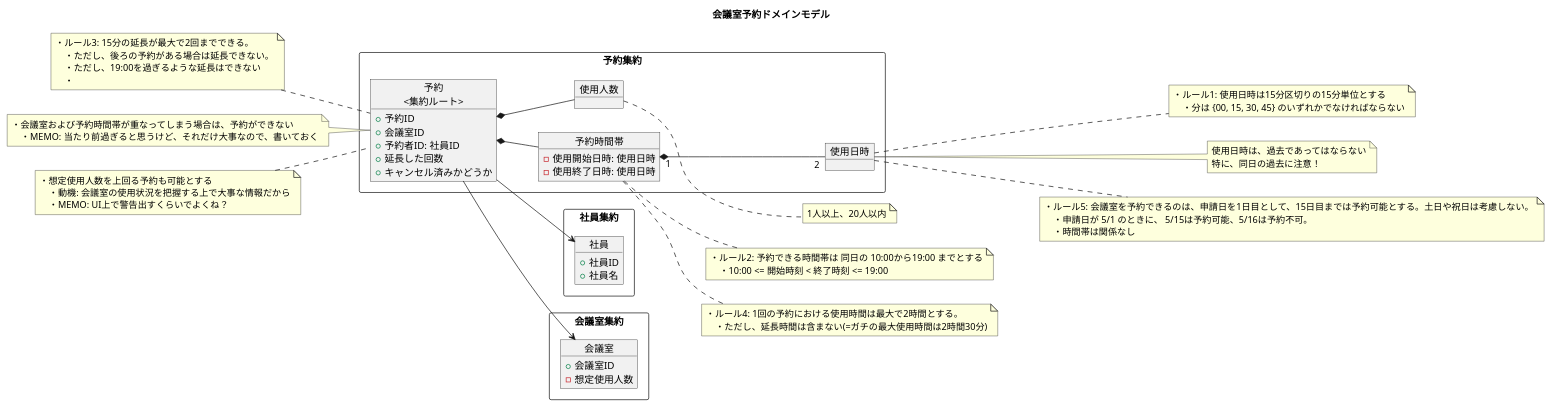
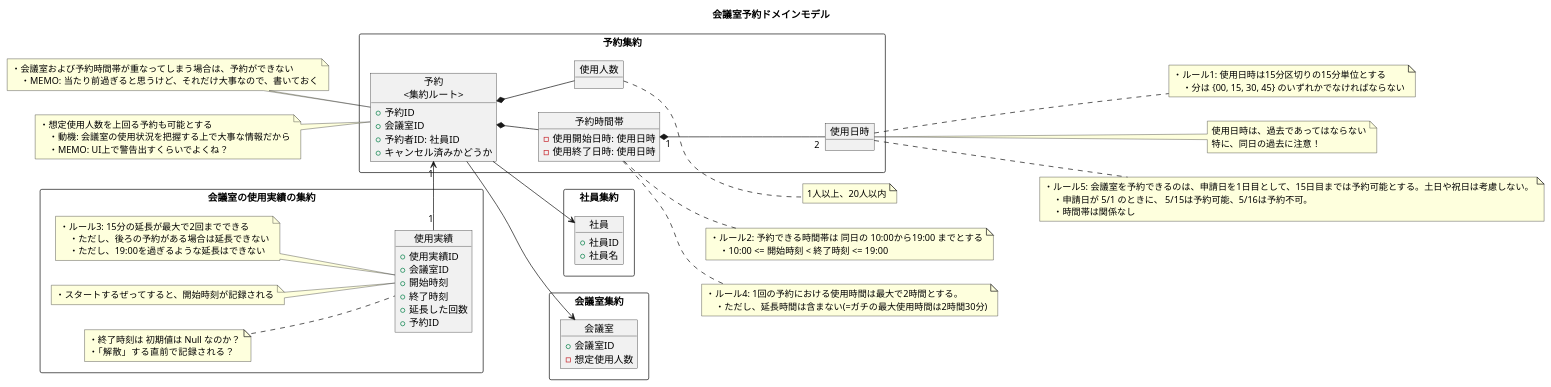
One commit to ModelingKai/meeting-room-python changed the diagram in diagram/ドメインモデル.puml. Above: the diagram before and after it, drawn with PlantUML. The commit also changed 2 other files, not shown here.

Commit message:
業務フロー図を参考にドメインモデルとユースケースを更新。「使用実績」という概念を発見した。
- 使用実績について
    - 使用実績のプロパティとかはちょっと怪しいけど、とりあえず要素出揃った感じがある
    - ルール3が「予約」から「使用実績」に移されたのは大きい変化だと思う
    - これをもって、いよいよ、「会議室を予約する」ユースケースが実装できそうな予感
- 感想
    - 業務フロー図からドメインモデルへのフィードバック作戦は使えるぞ！
        - 業務フロー図が強いのは、ユースケースを複合的に見れる点
            - ユースケース図とドメインモデル図を見ているだけでは、判断つかないことは多い
            - 一方、ユースケースを複合的にみると、違和感や置き場所がハッキリする効用がある
    - どういう分析をしたいかによって、集めるデータが変わってくるのも発見！
        - 今回は、単純に「なるべく多くのデータを収集する戦略」を採用
    - 業務フロー図において、アクターの能動的な行動を色塗った
        - これが RDRA2.0 の ユースケース複合図みたいになっていきそう
- @jnuank
    - 使用実績のドメインモデルを書いたけど、「会議室を予約する」を実装するときはスルーできそう
        - スコープがよりハッキリしたと思う！
        - 「会議室を予約する」を実装するときに、「使用実績」は気にしなくていいはず(これは嬉しい！)
        - やらなくていいことをハッキリさせたのってめっちゃ凄くない？ 我ら。

```diff
--- a/diagram/ドメインモデル.puml
+++ b/diagram/ドメインモデル.puml
@@ -1,106 +1,129 @@
 @startuml
 
 title 会議室予約ドメインモデル
 
 left to right direction
 
 rectangle 社員集約 {
     object 社員 {
         + 社員ID
         + 社員名
     }
 }
 
 rectangle 予約集約 {
     object "予約\n<集約ルート>" as c1 {
         + 予約ID
         + 会議室ID
         + 予約者ID: 社員ID
-        + 延長した回数
         + キャンセル済みかどうか
     }
 
     object 使用人数 {
     }
 
     object 予約時間帯 {
         - 使用開始日時: 使用日時
         - 使用終了日時: 使用日時
     }
 
 
     object 使用日時 {
     }
 }
 
 
+rectangle 会議室の使用実績の集約 {
+    object "使用実績"  as c2{
+        + 使用実績ID
+        + 会議室ID
+        + 開始時刻
+        + 終了時刻
+        + 延長した回数
+
+        + 予約ID
+    }
+
+    note left of c2
+    ・スタートするぜってすると、開始時刻が記録される
+    end note
+
+    note left of c2
+    ・終了時刻は 初期値は Null なのか？
+    ・「解散」する直前で記録される？
+    end note
+
+    note left of c2
+    ・ルール3: 15分の延長が最大で2回までできる
+        ・ただし、後ろの予約がある場合は延長できない
+        ・ただし、19:00を過ぎるような延長はできない
+    end note
+
+    c2 "1" -right-> "1" c1
+
+}
+
 rectangle 会議室集約 {
     object 会議室 {
         + 会議室ID
         - 想定使用人数
     }
 }
 
 
 c1 --> 会議室
 c1 --> 社員
 c1 *-- 使用人数
 c1 *-- 予約時間帯
 予約時間帯 "1" *-- "2" 使用日時
 
 ' ===== 予約 =====
-note left of c1
-・ルール3: 15分の延長が最大で2回までできる。
-    ・ただし、後ろの予約がある場合は延長できない。
-    ・ただし、19:00を過ぎるような延長はできない
-    ・
-end note
 
 note left of c1
 ・会議室および予約時間帯が重なってしまう場合は、予約ができない
     ・MEMO: 当たり前過ぎると思うけど、それだけ大事なので、書いておく
 end note
 
 note left of c1
 ・想定使用人数を上回る予約も可能とする
     ・動機: 会議室の使用状況を把握する上で大事な情報だから
     ・MEMO: UI上で警告出すくらいでよくね？
 end note
 
 
 
 ' ===== 予約時間帯 =====
 note right of 予約時間帯
 ・ルール2: 予約できる時間帯は 同日の 10:00から19:00 までとする
     ・10:00 <= 開始時刻 < 終了時刻 <= 19:00
 end note
 
 
 note right of 予約時間帯
 ・ルール4: 1回の予約における使用時間は最大で2時間とする。
     ・ただし、延長時間は含まない(=ガチの最大使用時間は2時間30分)
 end note
 
 
 ' ===== 使用日時 =====
 note right of 使用日時
 ・ルール1: 使用日時は15分区切りの15分単位とする
     ・分は {00, 15, 30, 45} のいずれかでなければならない
 end note
 
 note right of 使用日時
 使用日時は、過去であってはならない
 特に、同日の過去に注意！
 end note
 
 note right of 使用日時
 ・ルール5: 会議室を予約できるのは、申請日を1日目として、15日目までは予約可能とする。土日や祝日は考慮しない。
     ・申請日が 5/1 のときに、 5/15は予約可能、5/16は予約不可。
     ・時間帯は関係なし
 end note
 
 note right of 使用人数
 1人以上、20人以内
 end note
 
 @enduml
```
